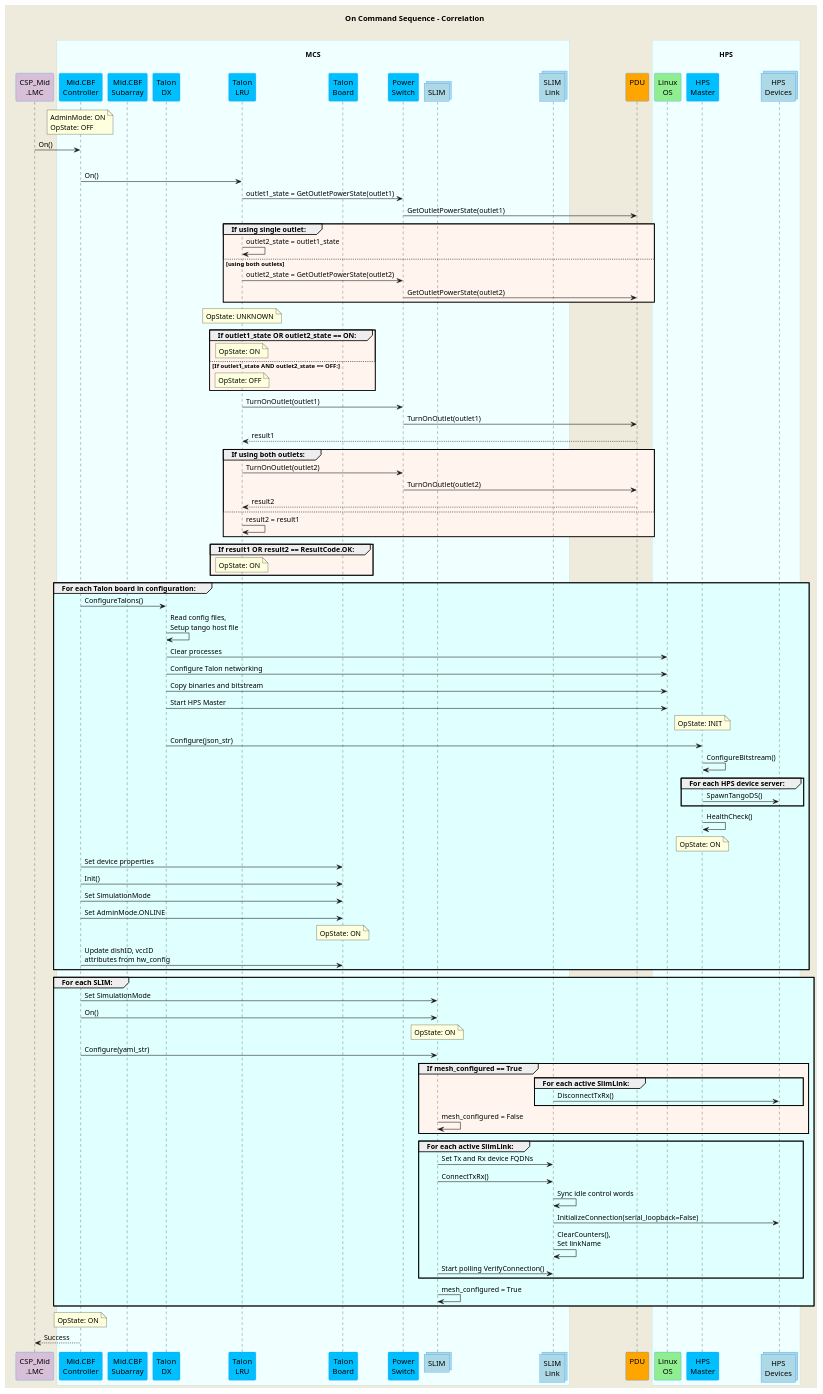
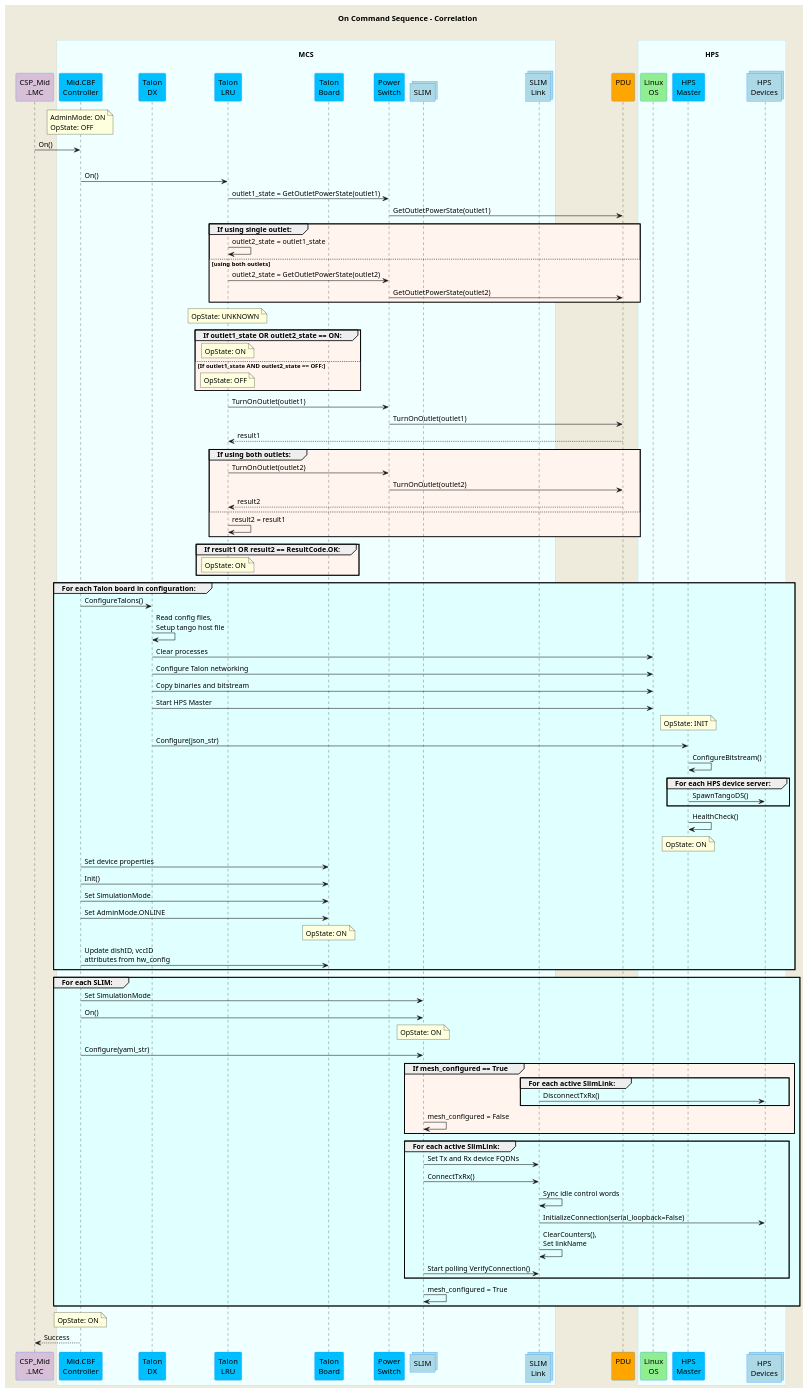
The diagram in docs/src/diagrams/on-command-sequence.puml (ska-telescope/mid-cbf-mcs), drawn with PlantUML before and after one commit. The commit also changed 1 other file, not shown here.

Commit message:
CIP-2424 remove subarray from on sequence, update addreceptors sequence

```diff
--- a/docs/src/diagrams/on-command-sequence.puml
+++ b/docs/src/diagrams/on-command-sequence.puml
@@ -1,126 +1,125 @@
 @startuml
 'https://plantuml.com/sequence-diagram
 skinparam backgroundColor #EEEBDC
 skinparam sequence {
 ParticipantBorderColor DodgerBlue
 ParticipantBackgroundColor DeepSkyBlue
 ActorBorderColor DarkGreen
 ActorBackgroundColor Green
 BoxBorderColor LightBlue
 BoxBackgroundColor #F0FFFF
 }
 skinparam collections {
   BackGroundColor LightBlue
   BorderColor DodgerBlue
 }
 skinparam database {
   BackgroundColor LightGreen
   BorderColor DarkGreen
 }
 title On Command Sequence - Correlation\n
 participant "CSP_Mid\n.LMC" as lmc #Thistle
 box "\nMCS\n"
   participant "Mid.CBF\nController" as controller
-  participant "Mid.CBF\nSubarray" as subarray
   participant "Talon\nDX" as tdx
   participant "Talon\nLRU" as lru
   participant "Talon\nBoard" as talon_board
   participant "Power\nSwitch" as ps
   collections "SLIM" as slim
   collections "SLIM\nLink" as slimlink
 end box
 participant "PDU\n" as pdu #Orange
 box "\nHPS\n"
   participant "Linux\nOS" as os #LightGreen
   participant "HPS\nMaster" as hpsmaster
   collections "HPS\nDevices" as hpsdevices
 end box
 
 note over controller            : AdminMode: ON\nOpState: OFF
 lmc -> controller               : On()
 
 group #LightCyan For each Talon LRU in configuration:
   controller    ->  lru         : On()
   lru           ->  ps          : outlet1_state = GetOutletPowerState(outlet1)
   ps            ->  pdu         : GetOutletPowerState(outlet1)
   group #SeaShell If using single outlet:
     lru         ->  lru         : outlet2_state = outlet1_state
   else using both outlets
     lru         ->  ps          : outlet2_state = GetOutletPowerState(outlet2)
     ps          ->  pdu         : GetOutletPowerState(outlet2)
   end group
 
   note over lru                 : OpState: UNKNOWN
   group #SeaShell If outlet1_state OR outlet2_state == ON:
     note over lru               : OpState: ON
   else If outlet1_state AND outlet2_state == OFF:
     note over lru               : OpState: OFF
   end group
 
   lru           ->  ps          : TurnOnOutlet(outlet1)
   ps            ->  pdu         : TurnOnOutlet(outlet1)
   pdu           --> lru         : result1
   group #SeaShell If using both outlets:
     lru         ->  ps          : TurnOnOutlet(outlet2)
     ps          ->  pdu         : TurnOnOutlet(outlet2)
     pdu         --> lru         : result2
   else
     lru         ->  lru         : result2 = result1
   end group
 
   group #SeaShell If result1 OR result2 == ResultCode.OK:
     note over lru               : OpState: ON
 end group
 
 group #LightCyan For each Talon board in configuration:
   controller    ->  tdx         : ConfigureTalons()
   tdx           ->  tdx         : Read config files,\nSetup tango host file
   tdx           ->  os          : Clear processes
   tdx           ->  os          : Configure Talon networking
   tdx           ->  os          : Copy binaries and bitstream
   tdx           ->  os          : Start HPS Master
   note over hpsmaster           : OpState: INIT
   tdx           ->  hpsmaster   : Configure(json_str)
   hpsmaster     ->  hpsmaster   : ConfigureBitstream()
   group #LightCyan For each HPS device server:
     hpsmaster  -> hpsdevices    : SpawnTangoDS()
   end group
   hpsmaster     ->  hpsmaster   : HealthCheck()
   note over hpsmaster           : OpState: ON
 
   controller    ->  talon_board : Set device properties
   controller    ->  talon_board : Init()
   controller    ->  talon_board : Set SimulationMode
   controller    ->  talon_board : Set AdminMode.ONLINE
   note over talon_board         : OpState: ON
   controller    ->  talon_board : Update dishID, vccID\nattributes from hw_config
 end group
 
 group #LightCyan For each SLIM:
   controller      ->  slim      : Set SimulationMode
   controller      ->  slim      : On()
   note over slim                : OpState: ON
   controller      ->  slim      : Configure(yaml_str)
   group #SeaShell If mesh_configured == True
     group #LightCyan For each active SlimLink:
       slimlink    -> hpsdevices : DisconnectTxRx()
     end group
     slim          ->  slim      : mesh_configured = False
   end group
 
   group #LightCyan For each active SlimLink:
     slim        ->  slimlink    : Set Tx and Rx device FQDNs
     slim        ->  slimlink    : ConnectTxRx()
     slimlink    ->  slimlink    : Sync idle control words
     slimlink    ->  hpsdevices  : InitializeConnection(serial_loopback=False)
     slimlink    ->  slimlink    : ClearCounters(),\nSet linkName
     slim        ->  slimlink    : Start polling VerifyConnection()
   end group
   slim          ->  slim        : mesh_configured = True
 end group
 
 note over controller            : OpState: ON
 
 lmc           <--  controller   : Success
 
 @enduml
```
